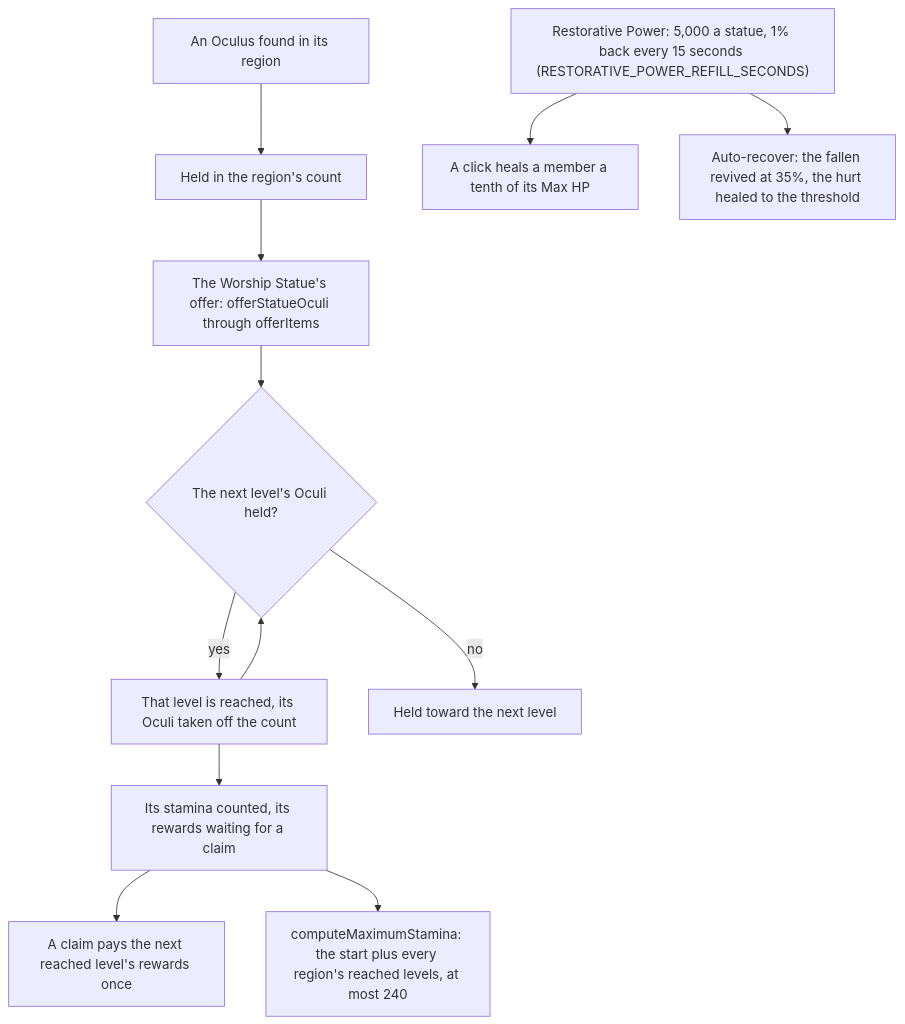
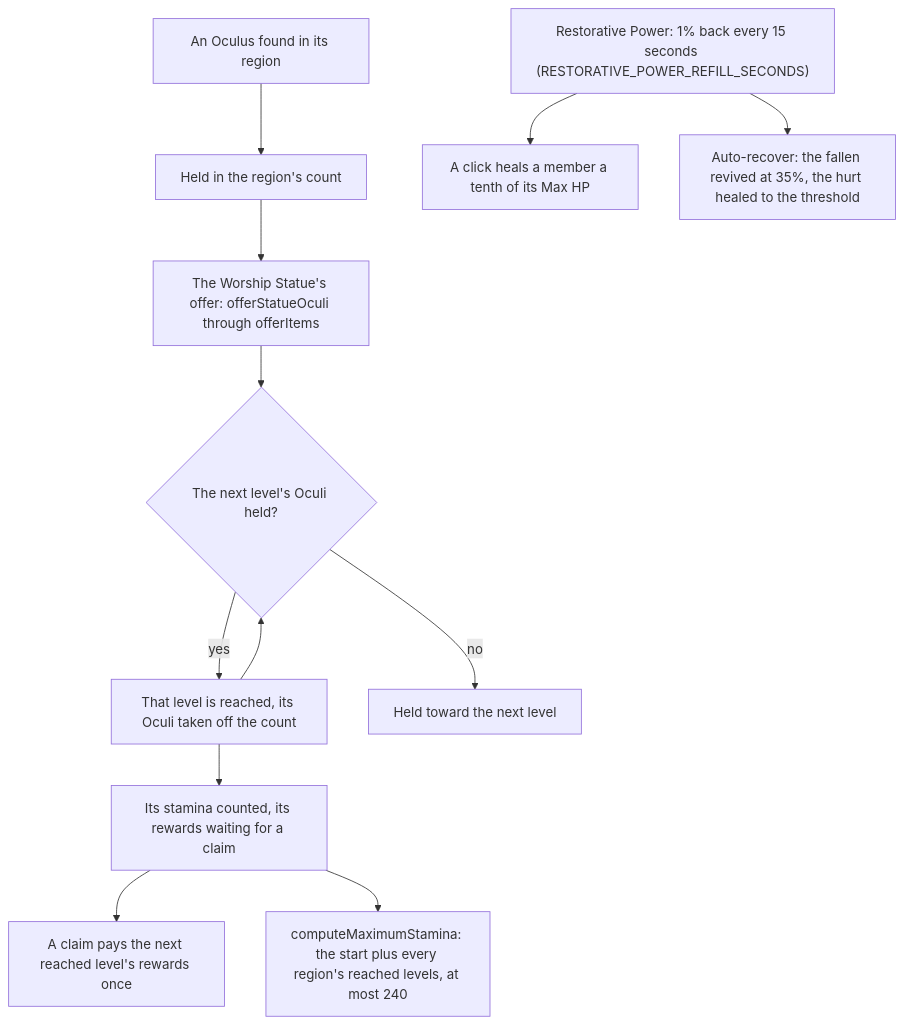
One commit to Esposter/Esposter changed the diagram in openspec/specs/genshin/statues-of-the-seven/design.md. Above: the diagram before and after it, drawn with Mermaid. The commit also changed 2 other files, not shown here.

Commit message:
docs(openspec): keep three diagram labels to a name and one qualifier
Each label is a name plus at most one qualifier, with the constant it reads in
parentheses. The clauses dropped from the labels are already stated in the
pages' prose, so nothing a reader needs is lost from the diagrams.

Claude-Session: https://claude.ai/code/session_0145sUFhwMGbz6v5tzSgt1wS

````diff
--- a/openspec/specs/genshin/statues-of-the-seven/design.md
+++ b/openspec/specs/genshin/statues-of-the-seven/design.md
@@ -7,14 +7,14 @@
 ```mermaid
 flowchart TD
   OCULUS["An Oculus found in its region"] --> HELD["Held in the region's count"]
   HELD --> OFFER["The Worship Statue's offer: offerStatueOculi through offerItems"]
   OFFER --> NEXT{"The next level's Oculi held?"}
   NEXT -->|"yes"| LEVEL["That level is reached, its Oculi taken off the count"]
   LEVEL --> NEXT
   NEXT -->|"no"| WAIT["Held toward the next level"]
   LEVEL --> PAY["Its stamina counted, its rewards waiting for a claim"]
   PAY --> CLAIM["A claim pays the next reached level's rewards once"]
   PAY --> MAX["computeMaximumStamina: the start plus every region's reached levels, at most 240"]
-  POOL["Restorative Power: 5,000 a statue, 1% back every 15 seconds (RESTORATIVE_POWER_REFILL_SECONDS)"] --> CLICK["A click heals a member a tenth of its Max HP"]
+  POOL["Restorative Power: 1% back every 15 seconds (RESTORATIVE_POWER_REFILL_SECONDS)"] --> CLICK["A click heals a member a tenth of its Max HP"]
   POOL --> AUTO["Auto-recover: the fallen revived at 35%, the hurt healed to the threshold"]
 ```
````
